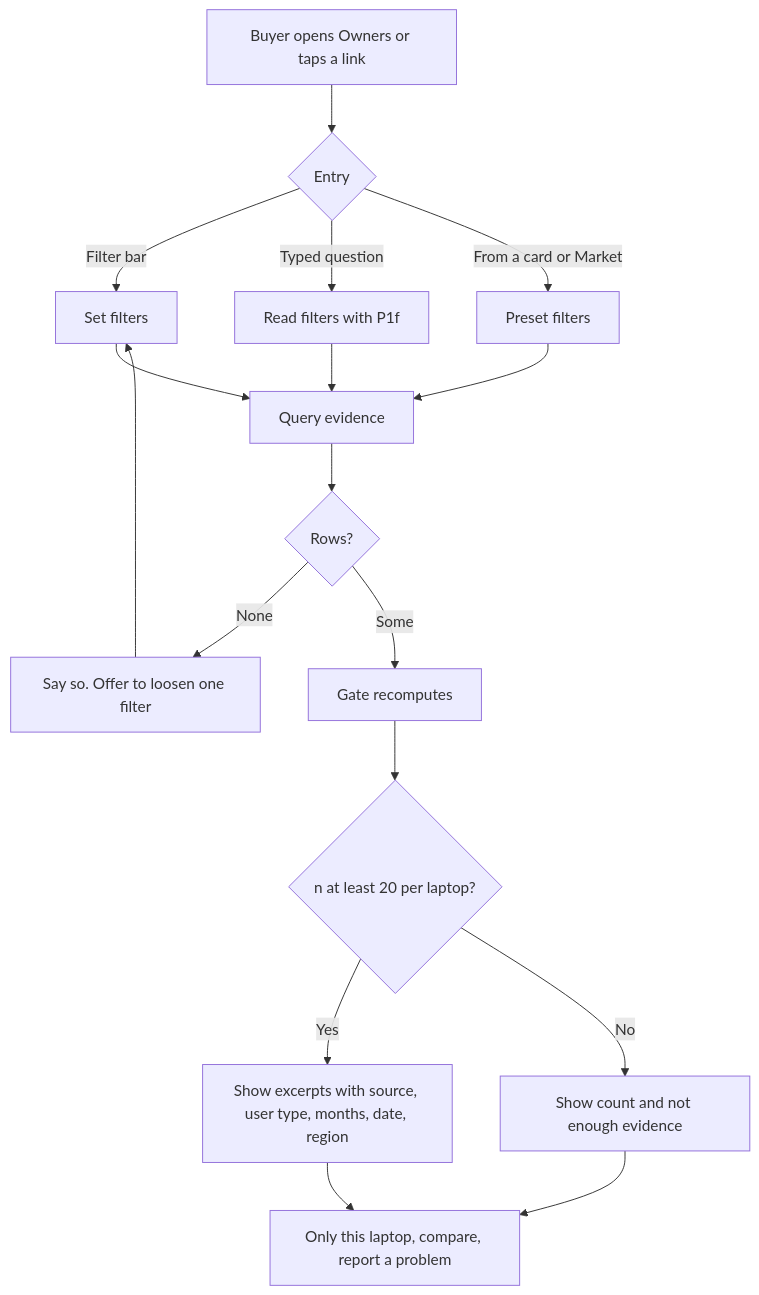
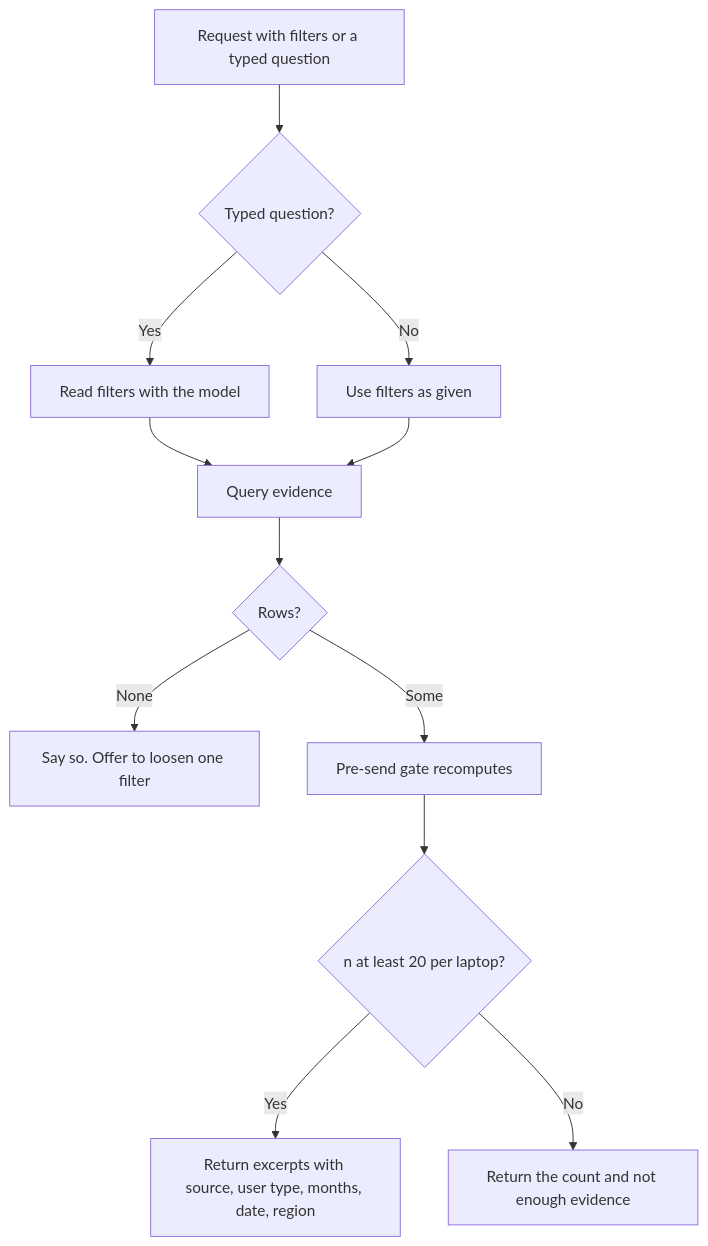
Before and after one commit to Atharvojha/AIforPMCapstoneProject_Team11: the diagram in lapfit-project/ai-spec/specs/F05_owner_voice.md, drawn with Mermaid. The commit also changed other lines of this file and 46 other files, not shown here.

````diff
--- a/lapfit-project/ai-spec/specs/F05_owner_voice.md
+++ b/lapfit-project/ai-spec/specs/F05_owner_voice.md
@@ -53,19 +55,14 @@
 ```mermaid
 flowchart TD
-  A[Buyer opens Owners or taps a link] --> B{Entry}
-  B -->|Filter bar| C[Set filters]
-  B -->|Typed question| D[Read filters with P1f]
-  B -->|From a card or Market| E[Preset filters]
-  C --> F[Query evidence]
-  D --> F
-  E --> F
-  F --> G{Rows?}
-  G -->|None| H[Say so. Offer to loosen one filter]
-  H --> C
-  G -->|Some| I[Gate recomputes]
-  I --> J{n at least 20 per laptop?}
-  J -->|Yes| K[Show excerpts with source, user type, months, date, region]
-  J -->|No| L[Show count and not enough evidence]
-  K --> M[Only this laptop, compare, report a problem]
-  L --> M
+  A[Request with filters or a typed question] --> B{Typed question?}
+  B -->|Yes| C[Read filters with the model]
+  B -->|No| D[Use filters as given]
+  C --> E[Query evidence]
+  D --> E
+  E --> F{Rows?}
+  F -->|None| G[Say so. Offer to loosen one filter]
+  F -->|Some| H[Pre-send gate recomputes]
+  H --> I{n at least 20 per laptop?}
+  I -->|Yes| J[Return excerpts with source, user type, months, date, region]
+  I -->|No| K[Return the count and not enough evidence]
 ```
````
